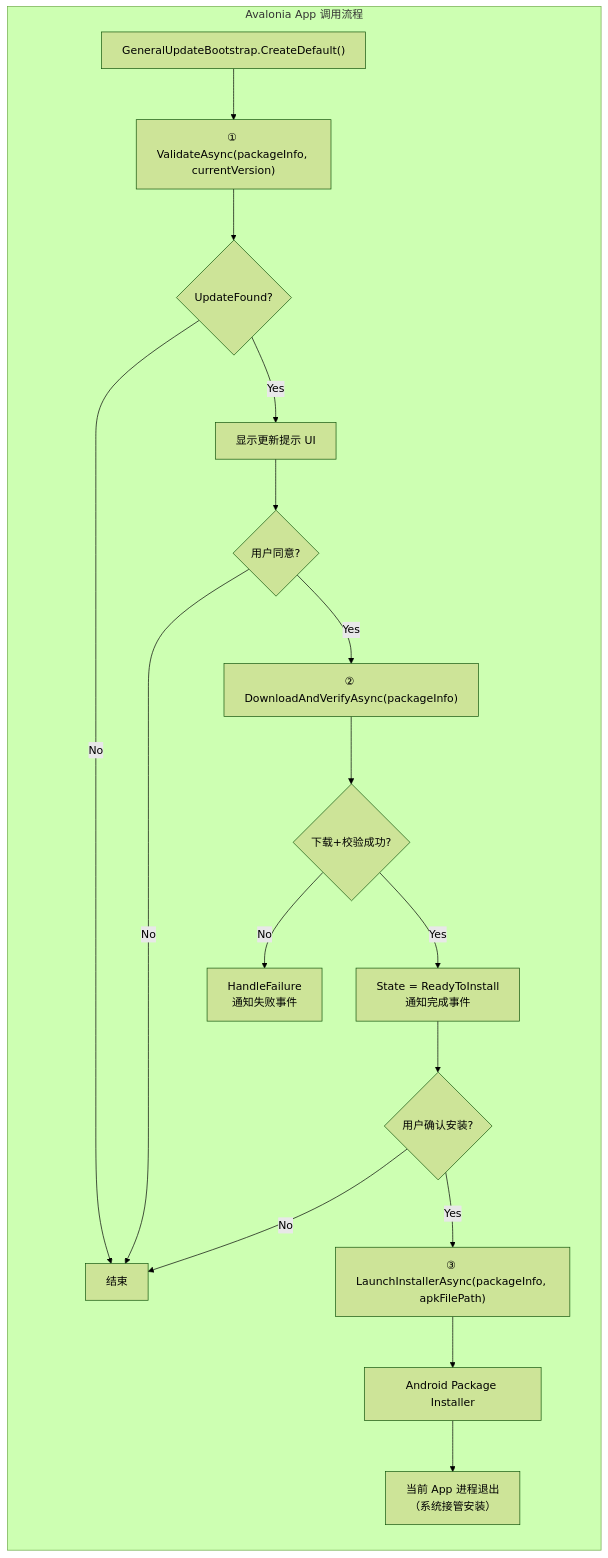
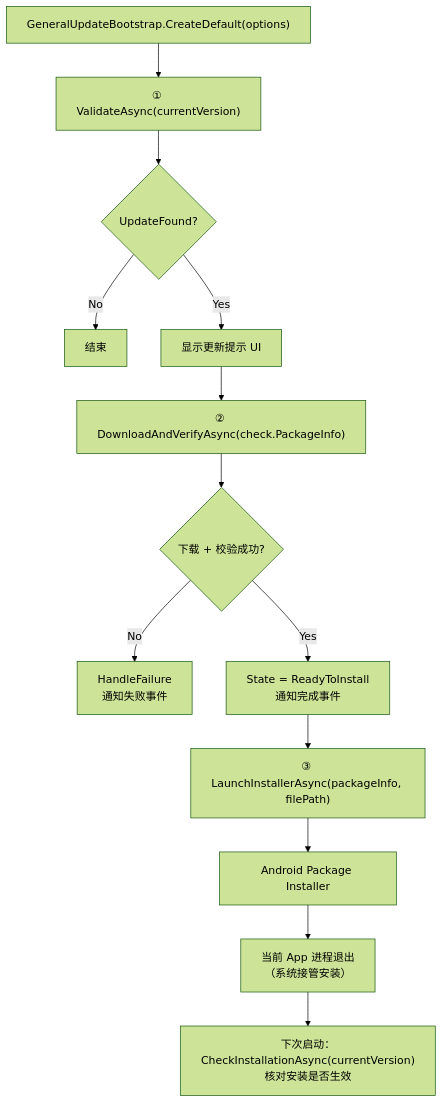
Before and after one commit to GeneralLibrary/GeneralUpdate-Samples: the second of 7 diagrams in website/docs/doc/Avalonia.Android-flow.md, drawn with Mermaid (forest theme). The commit also changed other lines of this file and 8 other files, not shown here.

````diff
--- a/website/docs/doc/Avalonia.Android-flow.md
+++ b/website/docs/doc/Avalonia.Android-flow.md
@@ -120,27 +154,19 @@
 ```mermaid
 flowchart TB
-    subgraph APP["Avalonia App 调用流程"]
-        direction TB
+    CREATE["GeneralUpdateBootstrap.CreateDefault(options)"] --> VAL["① ValidateAsync(currentVersion)"]
 
-        CREATE["GeneralUpdateBootstrap.CreateDefault()"] --> VAL["① ValidateAsync(packageInfo, currentVersion)"]
+    VAL --> VAL_RES{"UpdateFound?"}
+    VAL_RES -- "No" --> DONE["结束"]
+    VAL_RES -- "Yes" --> UI["显示更新提示 UI"]
 
-        VAL --> VAL_RES{"UpdateFound?"}
-        VAL_RES -- "No" --> DONE["结束"]
-        VAL_RES -- "Yes" --> UI["显示更新提示 UI"]
+    UI --> DL["② DownloadAndVerifyAsync(check.PackageInfo)"]
 
-        UI --> USER1{"用户同意?"}
-        USER1 -- "No" --> DONE
-        USER1 -- "Yes" --> DL["② DownloadAndVerifyAsync(packageInfo)"]
+    DL --> DL_RES{"下载 + 校验成功?"}
+    DL_RES -- "No" --> FAIL["HandleFailure\n通知失败事件"]
+    DL_RES -- "Yes" --> READY["State = ReadyToInstall\n通知完成事件"]
 
-        DL --> DL_RES{"下载+校验成功?"}
-        DL_RES -- "No" --> FAIL["HandleFailure\n通知失败事件"]
-        DL_RES -- "Yes" --> READY["State = ReadyToInstall\n通知完成事件"]
-
-        READY --> USER2{"用户确认安装?"}
-        USER2 -- "No" --> DONE
-        USER2 -- "Yes" --> INSTALL["③ LaunchInstallerAsync(packageInfo, apkFilePath)"]
-
-        INSTALL --> SYS["Android Package Installer"]
-        SYS --> APP_EXIT["当前 App 进程退出\n（系统接管安装）"]
-    end
+    READY --> INSTALL["③ LaunchInstallerAsync(packageInfo, filePath)"]
+    INSTALL --> SYS["Android Package Installer"]
+    SYS --> APP_EXIT["当前 App 进程退出\n（系统接管安装）"]
+    APP_EXIT --> NEXT["下次启动：CheckInstallationAsync(currentVersion)\n核对安装是否生效"]
 ```
````
